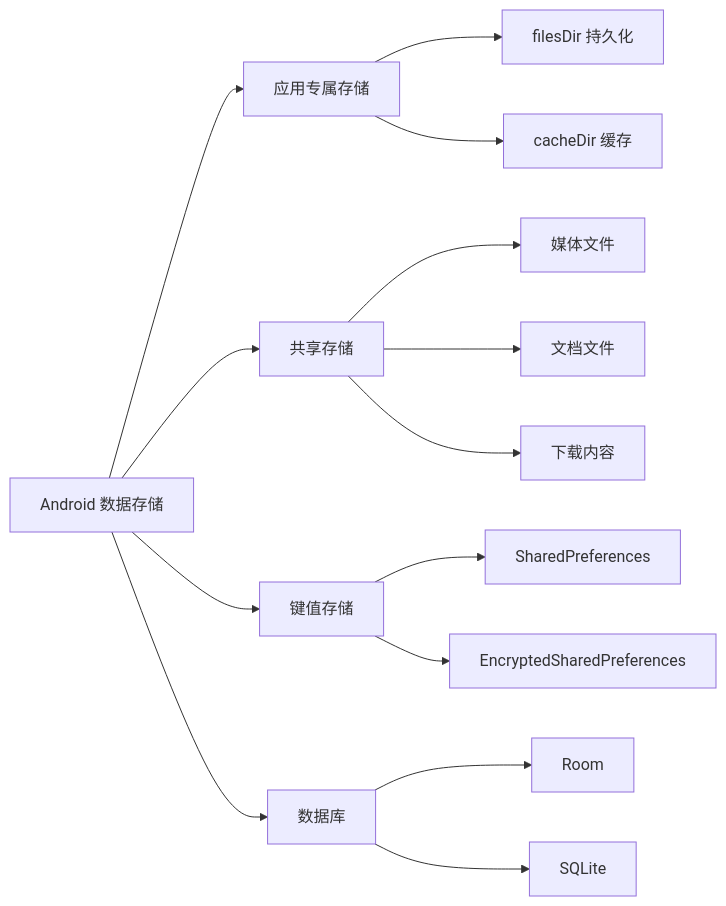
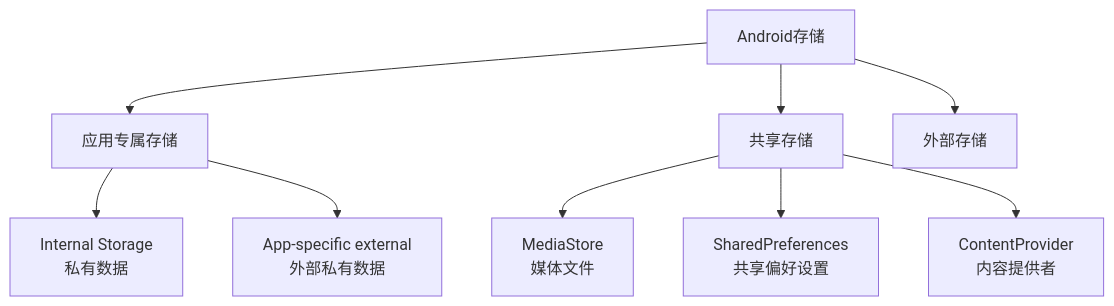
The diagram in AndroidDeveloperGuideStory/Contents/vol1/1.1.1 关于存储应用数据和文件.md (Carrie-L/carrie-l.github.io), drawn with Mermaid before and after one commit. The commit also changed other lines of this file, not shown here.

````diff
--- a/AndroidDeveloperGuideStory/Contents/vol1/1.1.1 关于存储应用数据和文件.md
+++ b/AndroidDeveloperGuideStory/Contents/vol1/1.1.1 关于存储应用数据和文件.md
@@ -302,20 +49,13 @@
 ```mermaid
-graph LR
-    A[Android 数据存储] --> B[应用专属存储]
+graph TD
+    A[Android存储] --> B[应用专属存储]
     A --> C[共享存储]
-    A --> D[键值存储]
-    A --> E[数据库]
+    A --> D[外部存储]
     
-    B --> B1[filesDir 持久化]
-    B --> B2[cacheDir 缓存]
+    B --> B1[Internal Storage<br/>私有数据]
+    B --> B2[App-specific external<br/>外部私有数据]
     
-    C --> C1[媒体文件]
-    C --> C2[文档文件]
-    C --> C3[下载内容]
-    
-    D --> D1[SharedPreferences]
-    D --> D2[EncryptedSharedPreferences]
-    
-    E --> E1[Room]
-    E --> E2[SQLite]
+    C --> C1[MediaStore<br/>媒体文件]
+    C --> C2[SharedPreferences<br/>共享偏好设置]
+    C --> C3[ContentProvider<br/>内容提供者]
 ```
````
